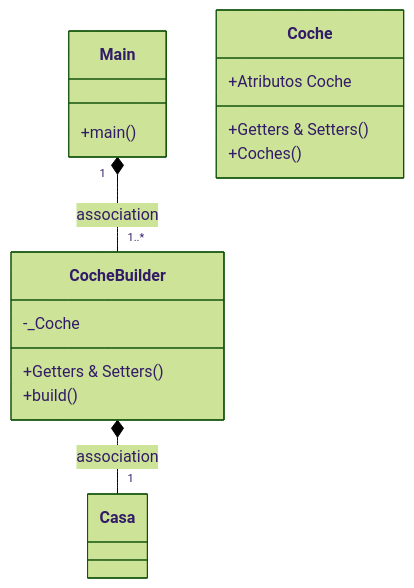
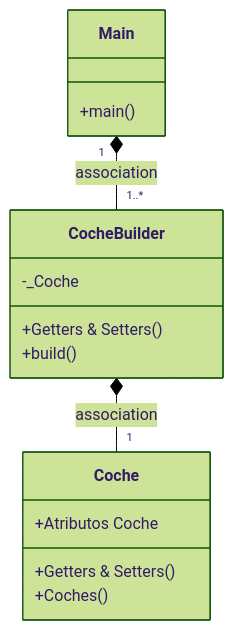
One commit to JayBGB/CODBuilderPattern changed the second of 2 diagrams in README.md. Above: the diagram before and after it, drawn with Mermaid (forest theme).

Commit message:
Editada respuesta

````diff
--- a/README.md
+++ b/README.md
@@ -45,20 +45,20 @@
 ```mermaid
     classDiagram
       Main "1" *-- "1..*" CocheBuilder : association
       class Main{
           +main()
       }
       class CocheBuilder{
           -_Coche
           +Getters & Setters()
           +build()
       }
       
-      CocheBuilder *-- "1" Casa : association
+      CocheBuilder *-- "1" Coche : association
       class Coche{
         +Atributos Coche
         +Getters & Setters()
         +Coches()
       }
       
 ```
````
